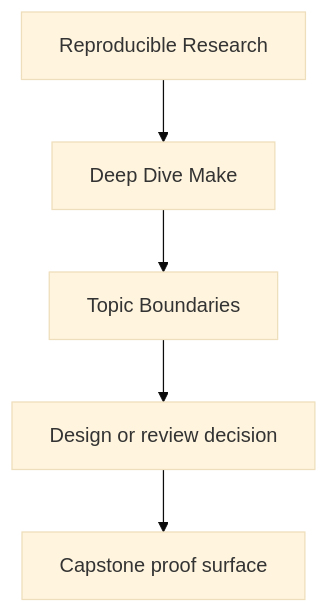
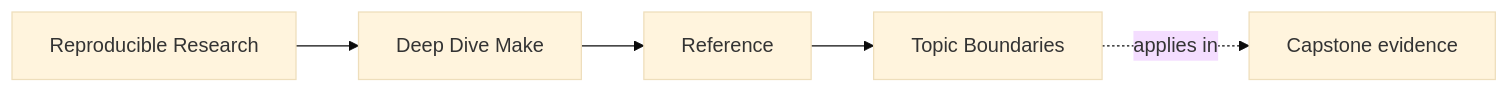
One commit to bijux/bijux-masterclass changed the first of 2 diagrams in programs/reproducible-research/deep-dive-make/course-book/reference/topic-boundaries.md. Above: the diagram before and after it, drawn with Mermaid (base theme). The commit also changed other lines of this file and 146 other files, not shown here.

Commit message:
docs(deep-dive-make): map build truth and release review surfaces

````diff
--- a/programs/reproducible-research/deep-dive-make/course-book/reference/topic-boundaries.md
+++ b/programs/reproducible-research/deep-dive-make/course-book/reference/topic-boundaries.md
@@ -7,7 +7,11 @@
 ```mermaid
-flowchart TD
-  family["Reproducible Research"] --> program["Deep Dive Make"]
-  program --> reference["Topic Boundaries"]
-  reference --> review["Design or review decision"]
-  review --> capstone["Capstone proof surface"]
+graph LR
+  family["Reproducible Research"]
+  program["Deep Dive Make"]
+  section["Reference"]
+  page["Topic Boundaries"]
+  capstone["Capstone evidence"]
+
+  family --> program --> section --> page
+  page -.applies in.-> capstone
 ```
````
